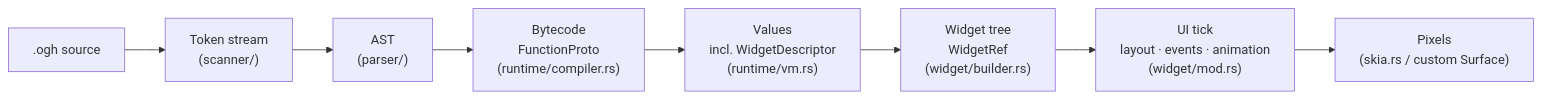
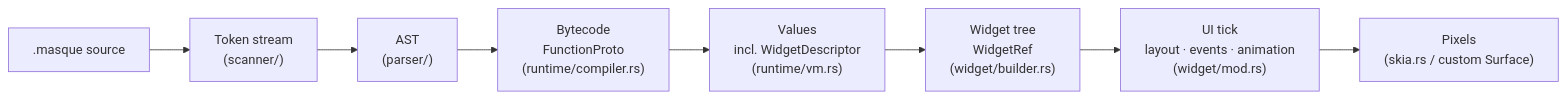
Before and after one commit to fian-team/masque: the first of 5 diagrams in docs/internal/ARCHITECTURE.md, drawn with Mermaid. The commit also changed other lines of this file and 160 other files, not shown here.

Commit message:
Ogham is Masque: the crate, its derives, binaries (masque-lsp, masque-vocab), the web stage, the VSCode extension and every document's .ogh extension (now .masque) take the new name, structure is Carte wherever the docs name it, and APPLICATION.md §8.4 records the naming as resolved

````diff
--- a/docs/internal/ARCHITECTURE.md
+++ b/docs/internal/ARCHITECTURE.md
@@ -16,13 +16,13 @@
 ```mermaid
 flowchart LR
-    src[".ogh source"]
+    src[".masque source"]
     tok["Token stream<br/>(scanner/)"]
     ast["AST<br/>(parser/)"]
     bc["Bytecode<br/>FunctionProto<br/>(runtime/compiler.rs)"]
     val["Values<br/>incl. WidgetDescriptor<br/>(runtime/vm.rs)"]
     tree["Widget tree<br/>WidgetRef<br/>(widget/builder.rs)"]
     ui["UI tick<br/>layout · events · animation<br/>(widget/mod.rs)"]
     px["Pixels<br/>(skia.rs / custom Surface)"]
 
     src --> tok --> ast --> bc --> val --> tree --> ui --> px
 ```
````
